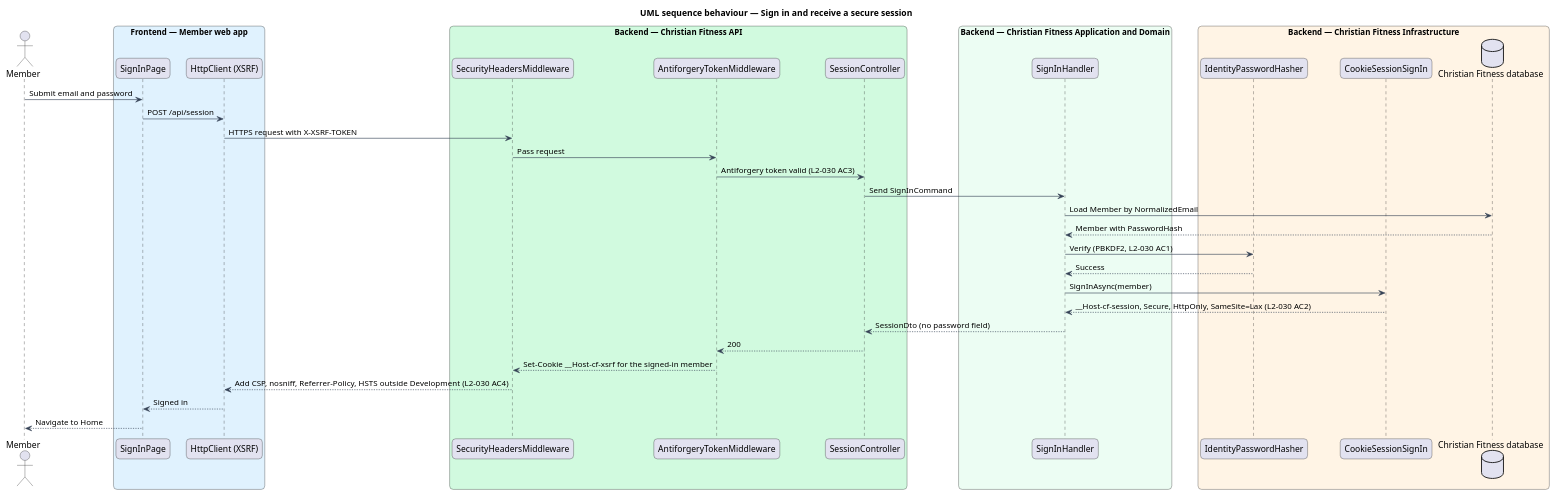
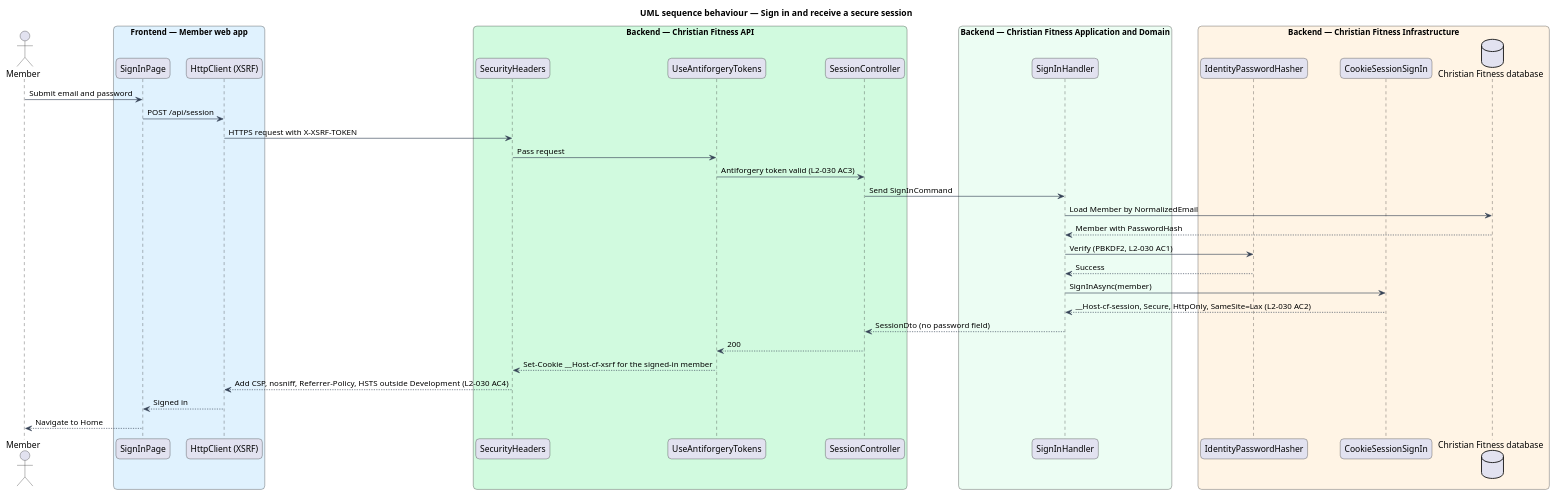
Before and after one commit to QuinntyneBrown/christian-fitness: the diagram in docs/detailed-designs/security/secure-sessions/diagrams/sequence-sign-in-cookie.puml, drawn with PlantUML. The commit also changed 10 other files, not shown here.

```diff
--- a/docs/detailed-designs/security/secure-sessions/diagrams/sequence-sign-in-cookie.puml
+++ b/docs/detailed-designs/security/secure-sessions/diagrams/sequence-sign-in-cookie.puml
@@ -1,53 +1,53 @@
 @startuml
 title UML sequence behaviour — Sign in and receive a secure session
 skinparam backgroundColor #FFFFFF
 skinparam shadowing false
 skinparam roundcorner 12
 skinparam defaultFontName Arial
 skinparam ArrowColor #344054
 skinparam rectangle {
   BorderColor #344054
   FontColor #101828
 }
 skinparam package {
   BorderColor #667085
   FontColor #101828
   BackgroundColor #F9FAFB
 }
 actor "Member" as actor
 box "Frontend — Member web app" #E0F2FE
   participant "SignInPage" as page
   participant "HttpClient (XSRF)" as http
 end box
 box "Backend — Christian Fitness API" #D1FADF
-  participant "SecurityHeadersMiddleware" as hdr
-  participant "AntiforgeryTokenMiddleware" as tok
+  participant "SecurityHeaders" as hdr
+  participant "UseAntiforgeryTokens" as tok
   participant "SessionController" as ctrl
 end box
 box "Backend — Christian Fitness Application and Domain" #ECFDF3
   participant "SignInHandler" as h
 end box
 box "Backend — Christian Fitness Infrastructure" #FFF4E5
   participant "IdentityPasswordHasher" as hash
   participant "CookieSessionSignIn" as sess
   database "Christian Fitness database" as db
 end box
 actor -> page : Submit email and password
 page -> http : POST /api/session
 http -> hdr : HTTPS request with X-XSRF-TOKEN
 hdr -> tok : Pass request
 tok -> ctrl : Antiforgery token valid (L2-030 AC3)
 ctrl -> h : Send SignInCommand
 h -> db : Load Member by NormalizedEmail
 db --> h : Member with PasswordHash
 h -> hash : Verify (PBKDF2, L2-030 AC1)
 hash --> h : Success
 h -> sess : SignInAsync(member)
 sess --> h : __Host-cf-session, Secure, HttpOnly, SameSite=Lax (L2-030 AC2)
 h --> ctrl : SessionDto (no password field)
 ctrl --> tok : 200
 tok --> hdr : Set-Cookie __Host-cf-xsrf for the signed-in member
 hdr --> http : Add CSP, nosniff, Referrer-Policy, HSTS outside Development (L2-030 AC4)
 http --> page : Signed in
 page --> actor : Navigate to Home
 @enduml
```
